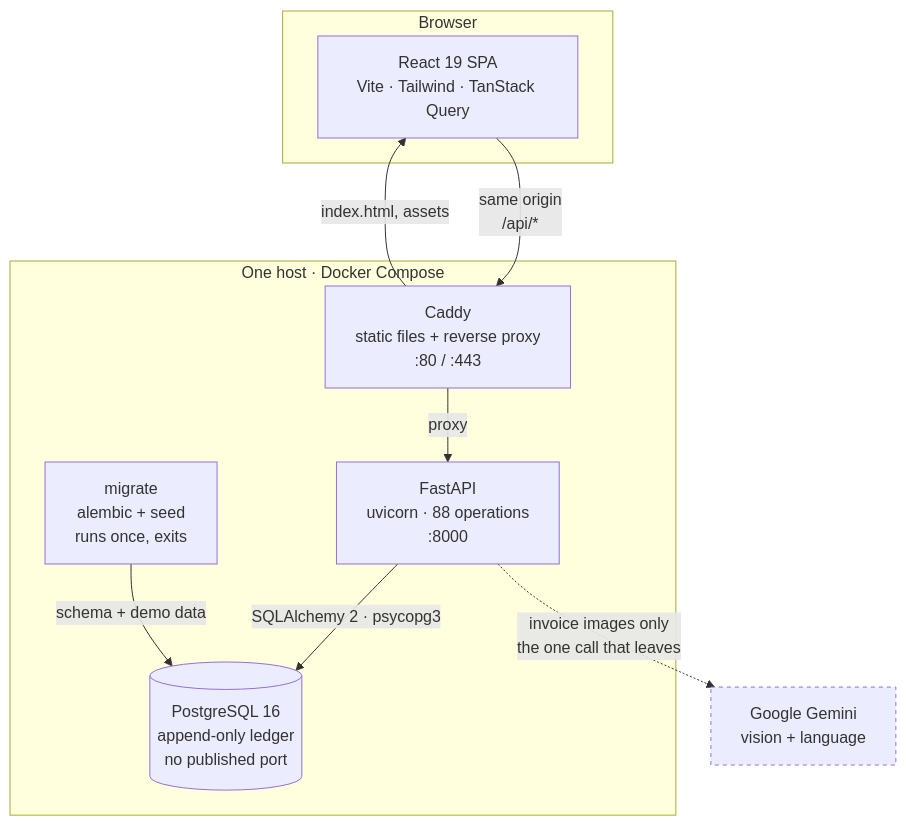
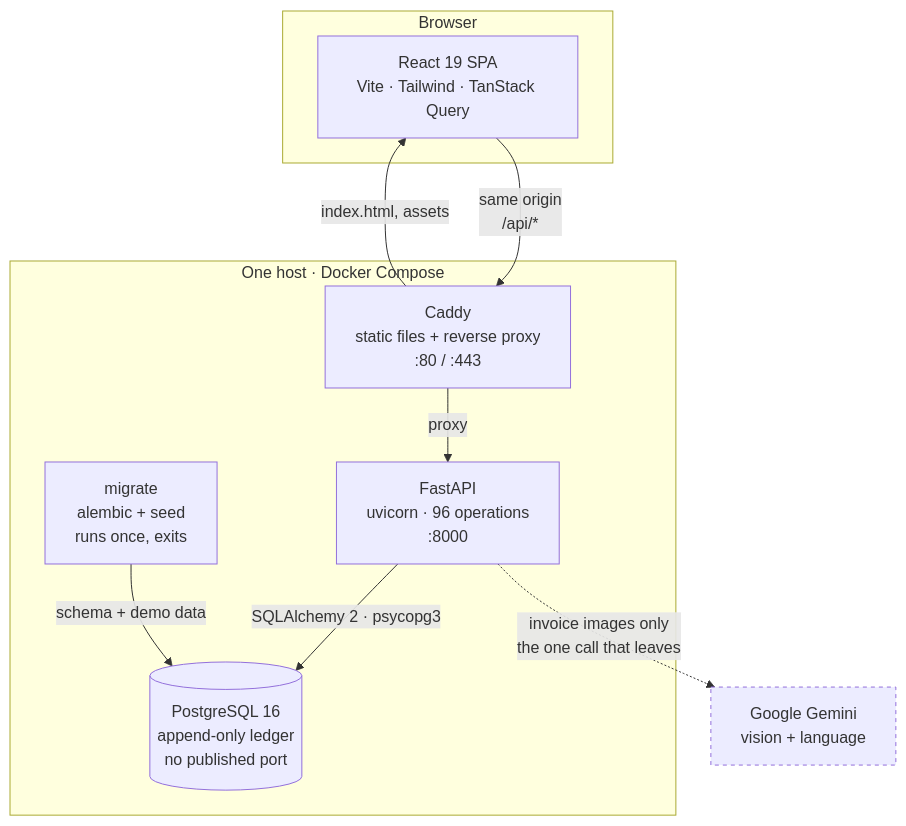
One commit to Sadhna2/pharmacy_inventory_managment_system changed the first of 6 diagrams in docs/ARCHITECTURE.md. Above: the diagram before and after it, drawn with Mermaid. The commit also changed other lines of this file and 9 other files, not shown here.

First line of the commit message:
docs: re-derive every published figure from the code

````diff
--- a/docs/ARCHITECTURE.md
+++ b/docs/ARCHITECTURE.md
@@ -11,24 +11,24 @@
 ```mermaid
 flowchart TB
     subgraph browser["Browser"]
         SPA["React 19 SPA<br/>Vite · Tailwind · TanStack Query"]
     end
 
     subgraph host["One host · Docker Compose"]
         CADDY["Caddy<br/>static files + reverse proxy<br/>:80 / :443"]
-        API["FastAPI<br/>uvicorn · 88 operations<br/>:8000"]
+        API["FastAPI<br/>uvicorn · 96 operations<br/>:8000"]
         DB[("PostgreSQL 16<br/>append-only ledger<br/>no published port")]
         MIG["migrate<br/>alembic + seed<br/>runs once, exits"]
     end
 
     GEM["Google Gemini<br/>vision + language"]
 
     SPA -->|"same origin<br/>/api/*"| CADDY
     CADDY -->|"proxy"| API
     CADDY -->|"index.html, assets"| SPA
     API -->|"SQLAlchemy 2 · psycopg3"| DB
     MIG -->|"schema + demo data"| DB
     API -.->|"invoice images only<br/>the one call that leaves"| GEM
 
     style GEM stroke-dasharray: 4 4
 ```
````
